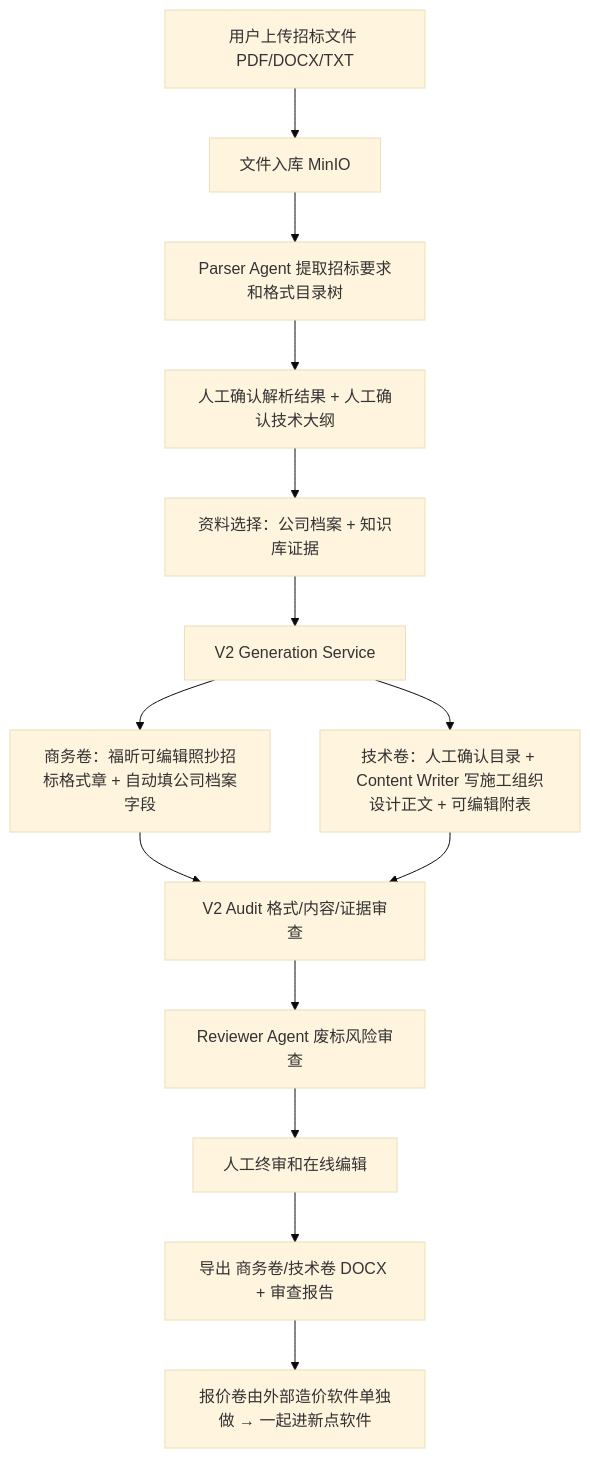
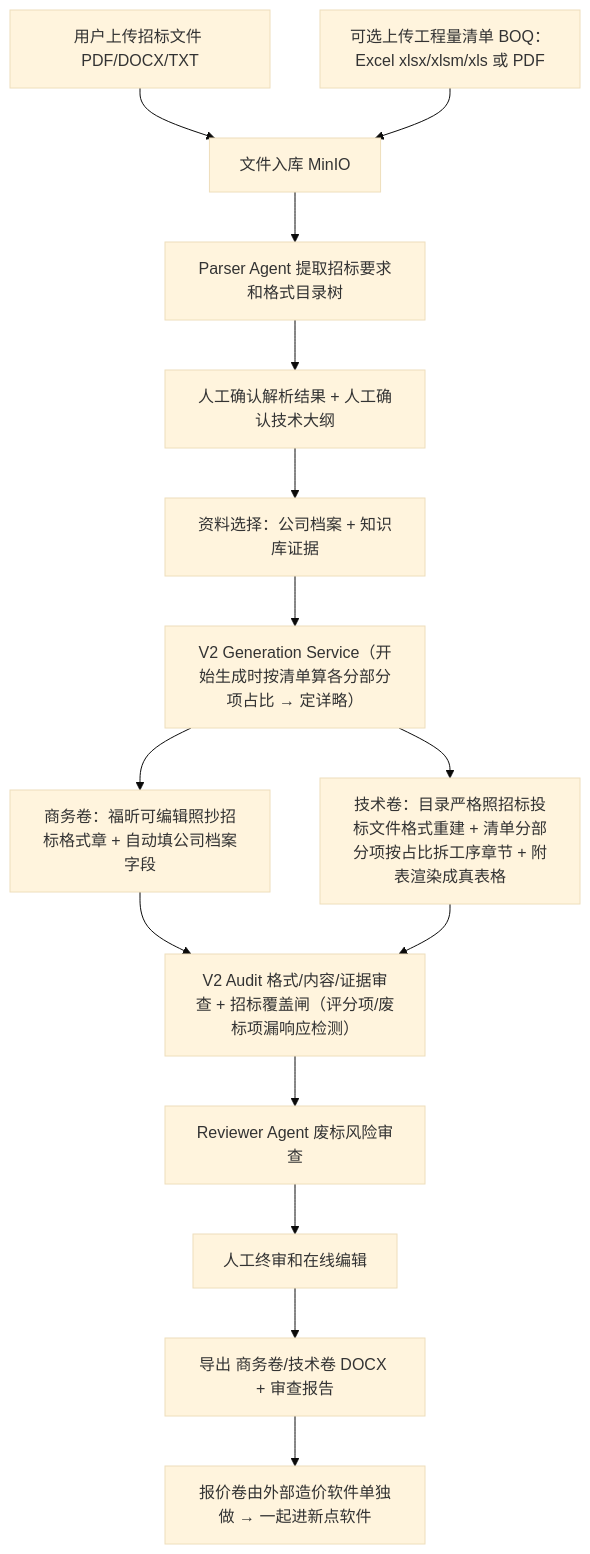
Before and after one commit to fakelilway/TenderDoc-Generator: the diagram in README.md, drawn with Mermaid (base theme). The commit also changed other lines of this file and 3 other files, not shown here.

````diff
--- a/README.md
+++ b/README.md
@@ -14,16 +18,17 @@
 ```mermaid
 flowchart TD
     A["用户上传招标文件 PDF/DOCX/TXT"] --> B["文件入库 MinIO"]
+    A2["可选上传工程量清单 BOQ：Excel xlsx/xlsm/xls 或 PDF"] --> B
     B --> C["Parser Agent 提取招标要求和格式目录树"]
     C --> D["人工确认解析结果 + 人工确认技术大纲"]
     D --> E["资料选择：公司档案 + 知识库证据"]
-    E --> F["V2 Generation Service"]
+    E --> F["V2 Generation Service（开始生成时按清单算各分部分项占比 → 定详略）"]
     F --> G["商务卷：福昕可编辑照抄招标格式章 + 自动填公司档案字段"]
-    F --> H["技术卷：人工确认目录 + Content Writer 写施工组织设计正文 + 可编辑附表"]
-    G --> I["V2 Audit 格式/内容/证据审查"]
+    F --> H["技术卷：目录严格照招标投标文件格式重建 + 清单分部分项按占比拆工序章节 + 附表渲染成真表格"]
+    G --> I["V2 Audit 格式/内容/证据审查 + 招标覆盖闸（评分项/废标项漏响应检测）"]
     H --> I
     I --> J["Reviewer Agent 废标风险审查"]
     J --> K["人工终审和在线编辑"]
     K --> L["导出 商务卷/技术卷 DOCX + 审查报告"]
     L --> M["报价卷由外部造价软件单独做 → 一起进新点软件"]
 ```
````
